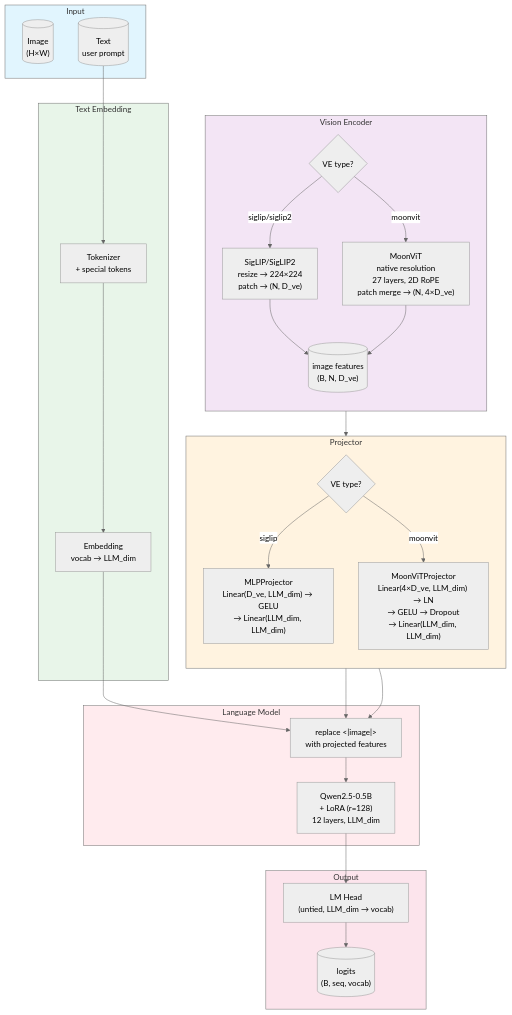
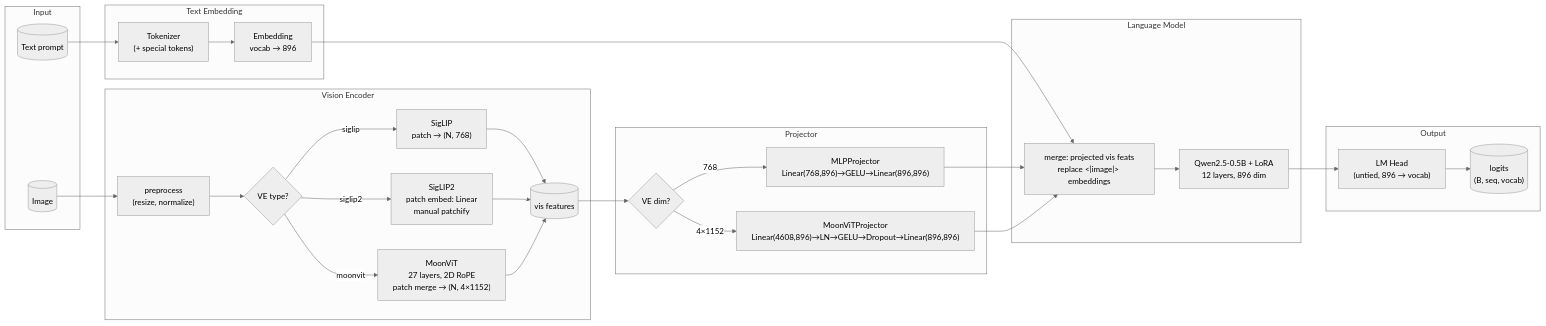
One commit to Lavi-Vu/EdgeLocate changed the diagram in ARCHITECTURE.md. Above: the diagram before and after it, drawn with Mermaid (neutral theme).

Commit message:
Update architecture diagram: refine vision encoder details, enhance projector descriptions, and clarify text embedding process

````diff
--- a/ARCHITECTURE.md
+++ b/ARCHITECTURE.md
@@ -7,48 +7,43 @@
 ```mermaid
-flowchart TB
+flowchart LR
     subgraph Input["Input"]
-        IMG[("Image<br/>(H×W)")]
-        TXT[("Text<br/>user prompt")]
+        IMG[("Image")]
+        TXT[("Text prompt")]
     end
 
     subgraph VE["Vision Encoder"]
-        direction TB
-        VE_SEL{"VE type?"}
-        VE_SEL -->|"siglip/siglip2"| SIGLIP["SigLIP/SigLIP2<br/>resize → 224×224<br/>patch → (N, D_ve)"]
-        VE_SEL -->|"moonvit"| MOON["MoonViT<br/>native resolution<br/>27 layers, 2D RoPE<br/>patch merge → (N, 4×D_ve)"]
-        SIGLIP --> VE_OUT[("image features<br/>(B, N, D_ve)")]
-        MOON --> VE_OUT
+        PRE["preprocess<br/>(resize, normalize)"] --> VE_SEL{"VE type?"}
+        VE_SEL -->|"siglip"| SIGLIP["SigLIP<br/>patch → (N, 768)"]
+        VE_SEL -->|"siglip2"| SIGLIP2["SigLIP2<br/>patch embed: Linear<br/>manual patchify"]
+        VE_SEL -->|"moonvit"| MOON["MoonViT<br/>27 layers, 2D RoPE<br/>patch merge → (N, 4×1152)"]
+        SIGLIP --> OUT[("vis features")]
+        SIGLIP2 --> OUT
+        MOON --> OUT
     end
 
     subgraph Proj["Projector"]
-        direction TB
-        VE_OUT --> P_SEL{"VE type?"}
-        P_SEL -->|"siglip"| MLP2["MLPProjector<br/>Linear(D_ve, LLM_dim) → GELU<br/>→ Linear(LLM_dim, LLM_dim)"]
-        P_SEL -->|"moonvit"| MLP3["MoonViTProjector<br/>Linear(4×D_ve, LLM_dim) → LN<br/>→ GELU → Dropout<br/>→ Linear(LLM_dim, LLM_dim)"]
+        OUT --> P_SEL{"VE dim?"}
+        P_SEL -->|768| MLP2["MLPProjector<br/>Linear(768,896)→GELU→Linear(896,896)"]
+        P_SEL -->|"4×1152"| MLP3["MoonViTProjector<br/>Linear(4608,896)→LN→GELU→Dropout→Linear(896,896)"]
     end
 
     subgraph TextEmbed["Text Embedding"]
-        TXT --> TOK["Tokenizer<br/>+ special tokens"]
-        TOK --> EMB["Embedding<br/>vocab → LLM_dim"]
+        TXT --> TOK["Tokenizer<br/>(+ special tokens)"]
+        TOK --> EMB["Embedding<br/>vocab → 896"]
     end
 
     subgraph LLM["Language Model"]
-        MERGE["replace &lt;|image|&gt;<br/>with projected features"]
+        MERGE["merge: projected vis feats<br/>replace &lt;|image|&gt; embeddings"]
+        EMB --> MERGE
         MLP2 --> MERGE
         MLP3 --> MERGE
-        EMB --> MERGE
-        MERGE --> QWEN["Qwen2.5-0.5B<br/>+ LoRA (r=128)<br/>12 layers, LLM_dim"]
+        MERGE --> QWEN["Qwen2.5-0.5B  + LoRA<br/>12 layers, 896 dim"]
     end
 
     subgraph Head["Output"]
-        QWEN --> LMH["LM Head<br/>(untied, LLM_dim → vocab)"]
+        QWEN --> LMH["LM Head<br/>(untied, 896 → vocab)"]
         LMH --> LOGITS[("logits<br/>(B, seq, vocab)")]
     end
 
-    style Input fill:#e1f5fe
-    style VE fill:#f3e5f5
-    style Proj fill:#fff3e0
-    style TextEmbed fill:#e8f5e9
-    style LLM fill:#ffebee
-    style Head fill:#fce4ec
+    IMG --> PRE
 ```
````
